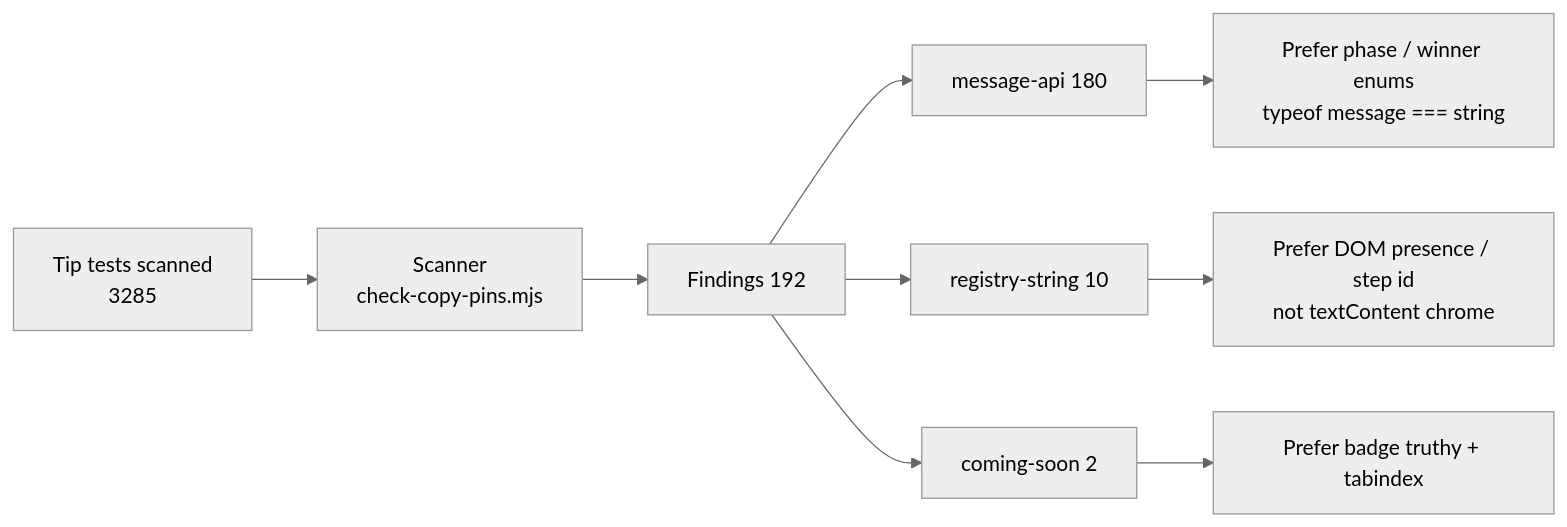
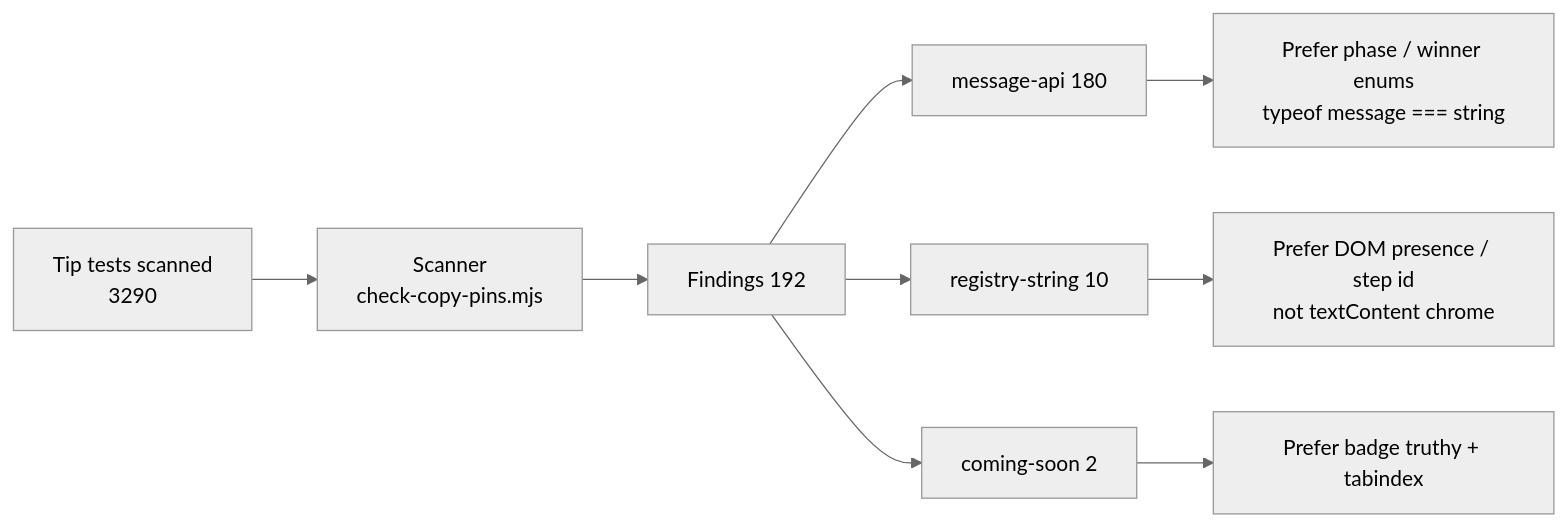
Before and after one commit to fuzzywigg/math-pentathlon: the second of 2 diagrams in docs/dev/copy-pins-residual-inventory-post898-2026-10-10.md, drawn with Mermaid. The commit also changed other lines of this file and 2 other files, not shown here.

First line of the commit message:
docs(q-mp-443): remeasure copy-pins inventory at tip 697b9609

````diff
--- a/docs/dev/copy-pins-residual-inventory-post898-2026-10-10.md
+++ b/docs/dev/copy-pins-residual-inventory-post898-2026-10-10.md
@@ -77,12 +77,12 @@
 ```mermaid
 %%{init: {"theme": "neutral"}}%%
 flowchart LR
-  A["Tip tests scanned<br/>3285"] --> B["Scanner<br/>check-copy-pins.mjs"]
+  A["Tip tests scanned<br/>3290"] --> B["Scanner<br/>check-copy-pins.mjs"]
   B --> C["Findings 192"]
   C --> D["message-api 180"]
   C --> E["registry-string 10"]
   C --> F["coming-soon 2"]
   D --> G["Prefer phase / winner enums<br/>typeof message === string"]
   E --> H["Prefer DOM presence / step id<br/>not textContent chrome"]
   F --> I["Prefer badge truthy + tabindex"]
 ```
````
